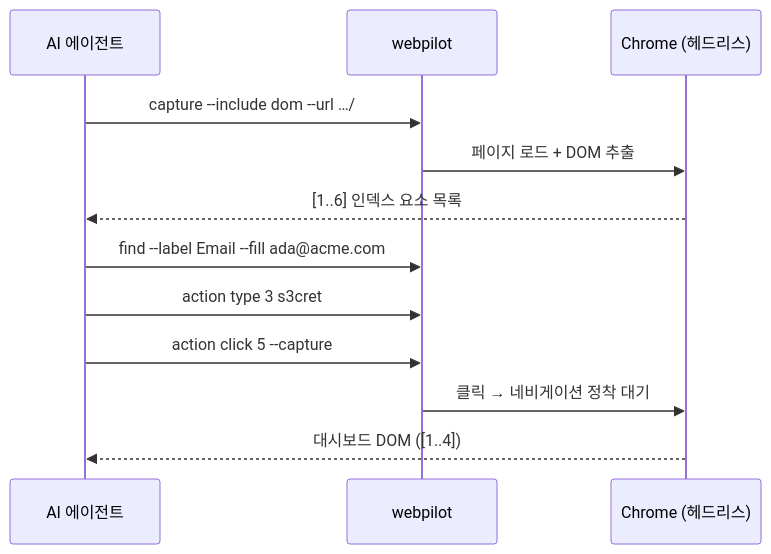
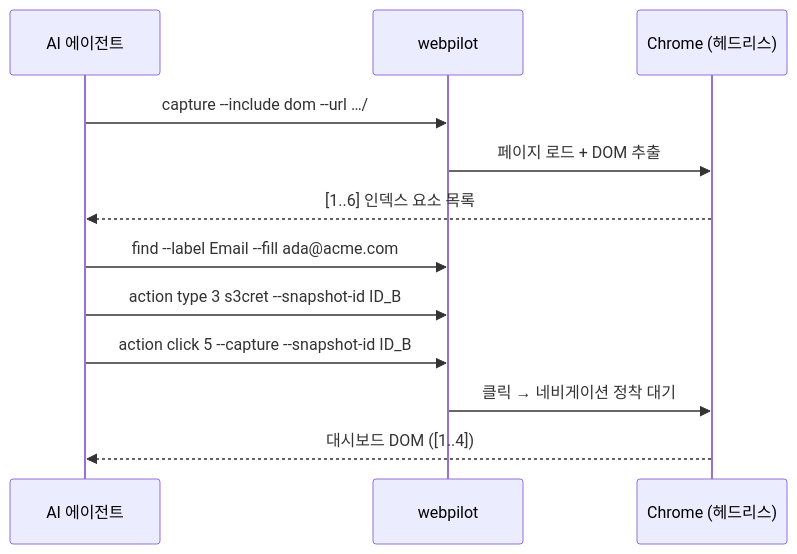
One commit to junyeong-ai/web-pilot changed the first of 2 diagrams in README.md. Above: the diagram before and after it, drawn with Mermaid. The commit also changed other lines of this file and 57 other files, not shown here.

````diff
--- a/README.md
+++ b/README.md
@@ -94,14 +104,14 @@
 ```mermaid
 sequenceDiagram
     participant A as AI 에이전트
     participant W as webpilot
     participant C as Chrome (헤드리스)
     A->>W: capture --include dom --url …/
     W->>C: 페이지 로드 + DOM 추출
     C-->>A: [1..6] 인덱스 요소 목록
     A->>W: find --label Email --fill ada@acme.com
-    A->>W: action type 3 s3cret
-    A->>W: action click 5 --capture
+    A->>W: action type 3 s3cret --snapshot-id ID_B
+    A->>W: action click 5 --capture --snapshot-id ID_B
     W->>C: 클릭 → 네비게이션 정착 대기
     C-->>A: 대시보드 DOM ([1..4])
 ```
````
